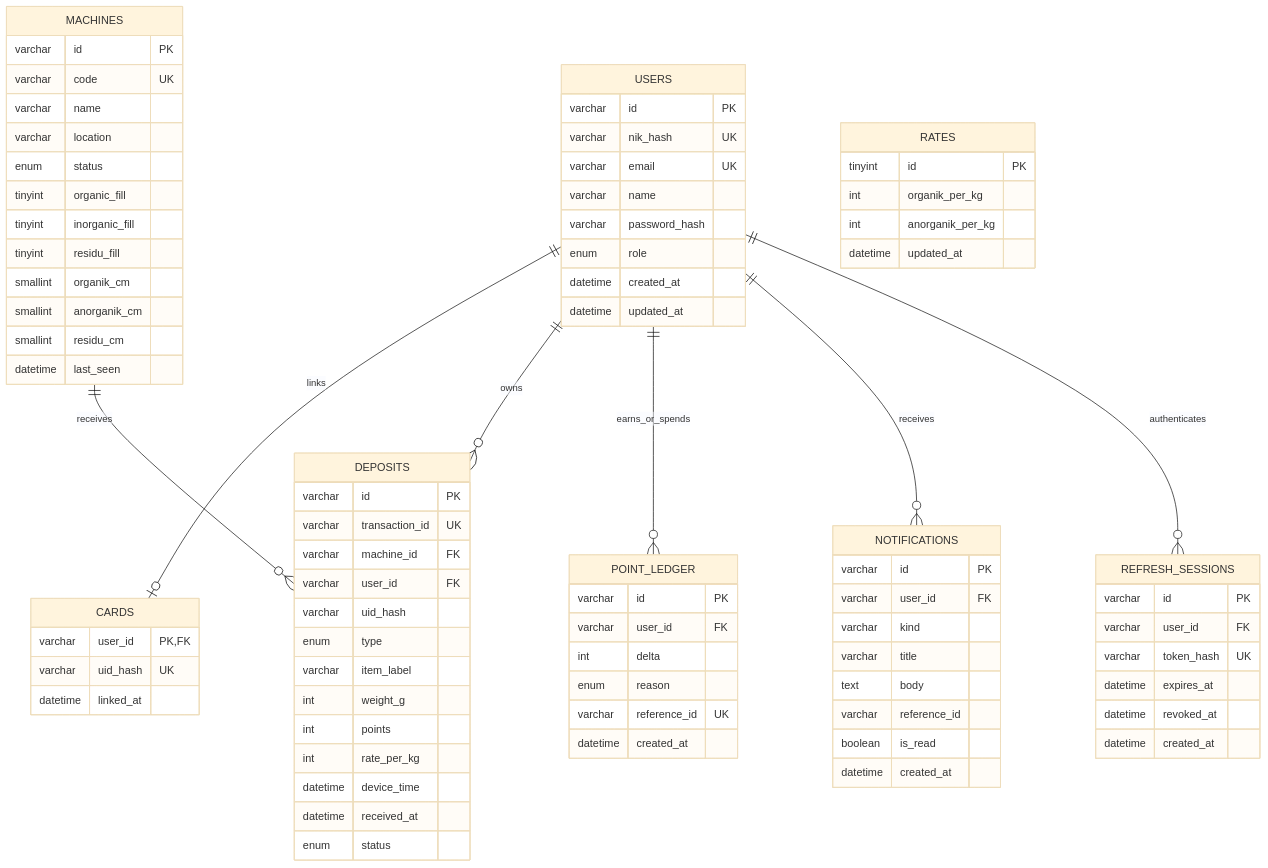
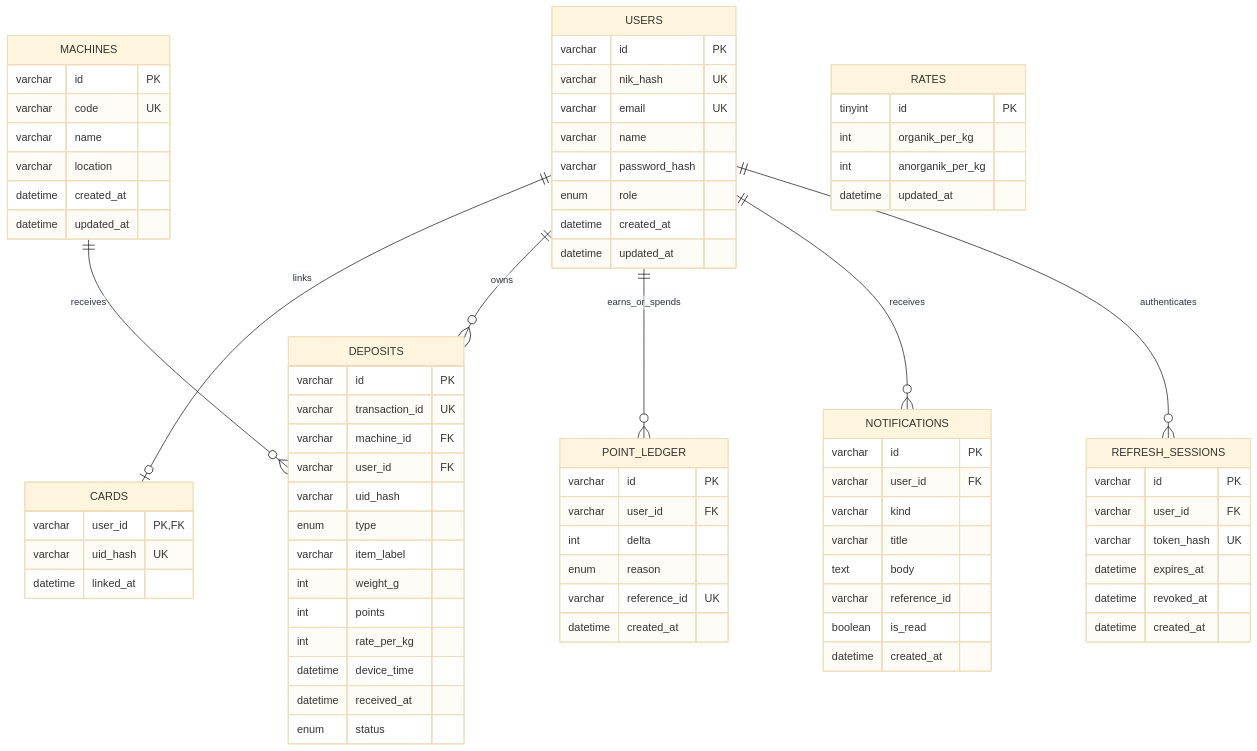
One commit to ramadhanjp2/smartbin changed the diagram in backend/docs/erd.mmd. Above: the diagram before and after it, drawn with Mermaid (base theme). The commit also changed 5 other files, not shown here.

```diff
--- a/backend/docs/erd.mmd
+++ b/backend/docs/erd.mmd
@@ -1,83 +1,77 @@
 erDiagram
     USERS ||--o| CARDS : links
     USERS ||--o{ DEPOSITS : owns
     MACHINES ||--o{ DEPOSITS : receives
     USERS ||--o{ POINT_LEDGER : earns_or_spends
     USERS ||--o{ NOTIFICATIONS : receives
     USERS ||--o{ REFRESH_SESSIONS : authenticates
     RATES {
         tinyint id PK
         int organik_per_kg
         int anorganik_per_kg
         datetime updated_at
     }
     USERS {
         varchar id PK
         varchar nik_hash UK
         varchar email UK
         varchar name
         varchar password_hash
         enum role
         datetime created_at
         datetime updated_at
     }
     CARDS {
         varchar user_id PK, FK
         varchar uid_hash UK
         datetime linked_at
     }
     MACHINES {
         varchar id PK
         varchar code UK
         varchar name
         varchar location
-        enum status
-        tinyint organic_fill
-        tinyint inorganic_fill
-        tinyint residu_fill
-        smallint organik_cm
-        smallint anorganik_cm
-        smallint residu_cm
-        datetime last_seen
+        datetime created_at
+        datetime updated_at
     }
     DEPOSITS {
         varchar id PK
         varchar transaction_id UK
         varchar machine_id FK
         varchar user_id FK
         varchar uid_hash
         enum type
         varchar item_label
         int weight_g
         int points
         int rate_per_kg
         datetime device_time
         datetime received_at
         enum status
     }
     POINT_LEDGER {
         varchar id PK
         varchar user_id FK
         int delta
         enum reason
         varchar reference_id UK
         datetime created_at
     }
     NOTIFICATIONS {
         varchar id PK
         varchar user_id FK
         varchar kind
         varchar title
         text body
         varchar reference_id
         boolean is_read
         datetime created_at
     }
     REFRESH_SESSIONS {
         varchar id PK
         varchar user_id FK
         varchar token_hash UK
         datetime expires_at
         datetime revoked_at
         datetime created_at
     }
```
